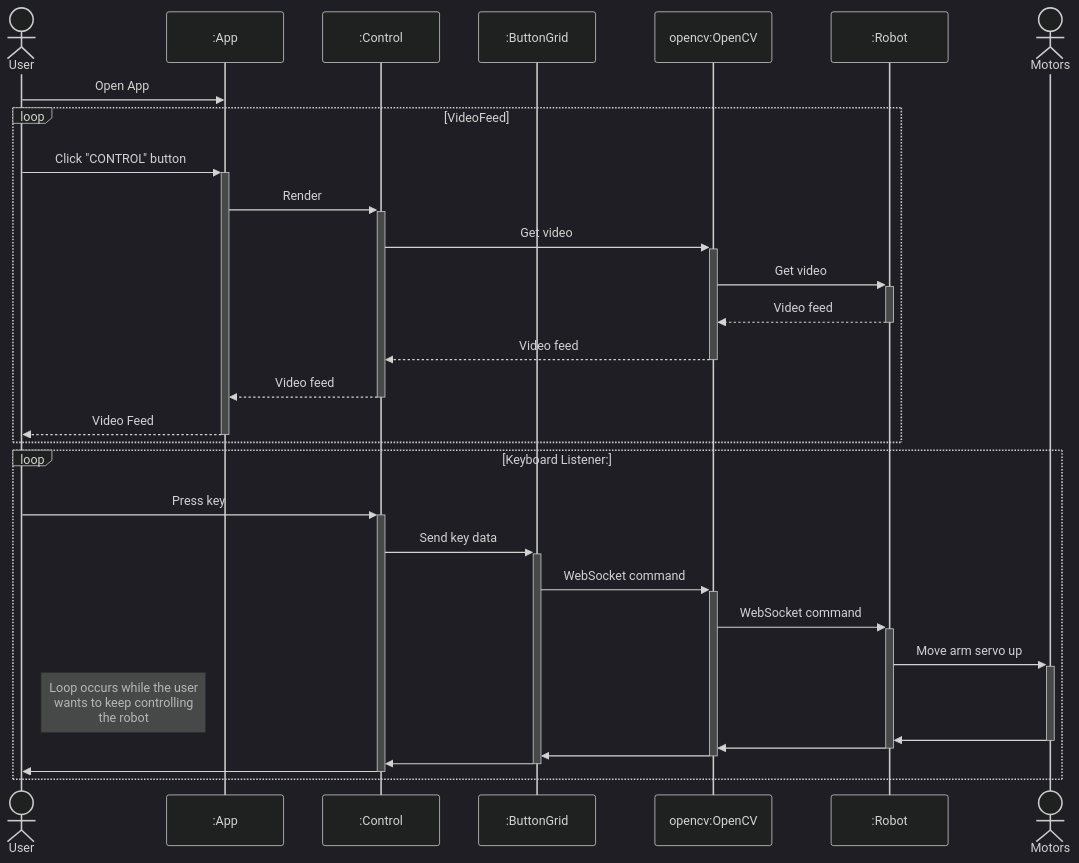
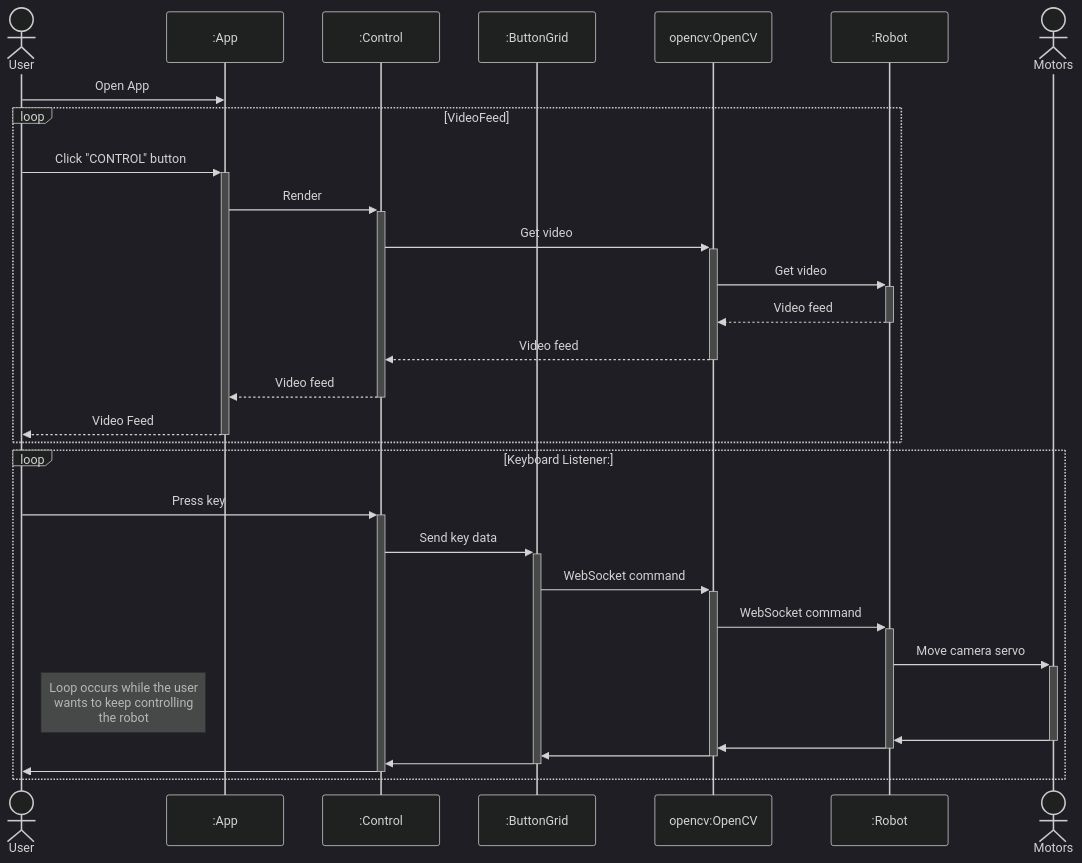
One commit to Capstone-Projects-2023-Spring/project-robocontrol changed the fourth of 5 diagrams in documentation/docs/system-architecture/sequence-diagrams.md. Above: the diagram before and after it, drawn with Mermaid (dark theme). The commit also changed other lines of this file, not shown here.

````diff
--- a/documentation/docs/system-architecture/sequence-diagrams.md
+++ b/documentation/docs/system-architecture/sequence-diagrams.md
@@ -137,37 +137,37 @@
 ```mermaid
 sequenceDiagram
     actor U as User
     participant App as :App
     participant C as :Control
     participant BG as :ButtonGrid
     participant CV as opencv:OpenCV
     participant R as :Robot
     actor M as Motors
 
     U->>App: Open App
 
     loop VideoFeed
         U->>+App: Click "CONTROL" button
         App->>+C: Render
         C->>+CV: Get video
         CV->>+R: Get video
         R-->>-CV: Video feed
         CV-->>-C: Video feed
         C-->>-App: Video feed
         App-->>-U: Video Feed
     end
 
     loop Keyboard Listener:
         U->>+C: Press key
         C->>+BG: Send key data
         BG->>+CV: WebSocket command
         CV->>+R: WebSocket command
-        R->>+M: Move arm servo up
+        R->>+M: Move camera servo
         Note right of U: Loop occurs while the user<br/>wants to keep controlling<br/>the robot
         M->>-R: 
         R->>-CV: 
         CV->>-BG: 
         BG->>-C: 
         C->>-U: 
     end
 ```
````
